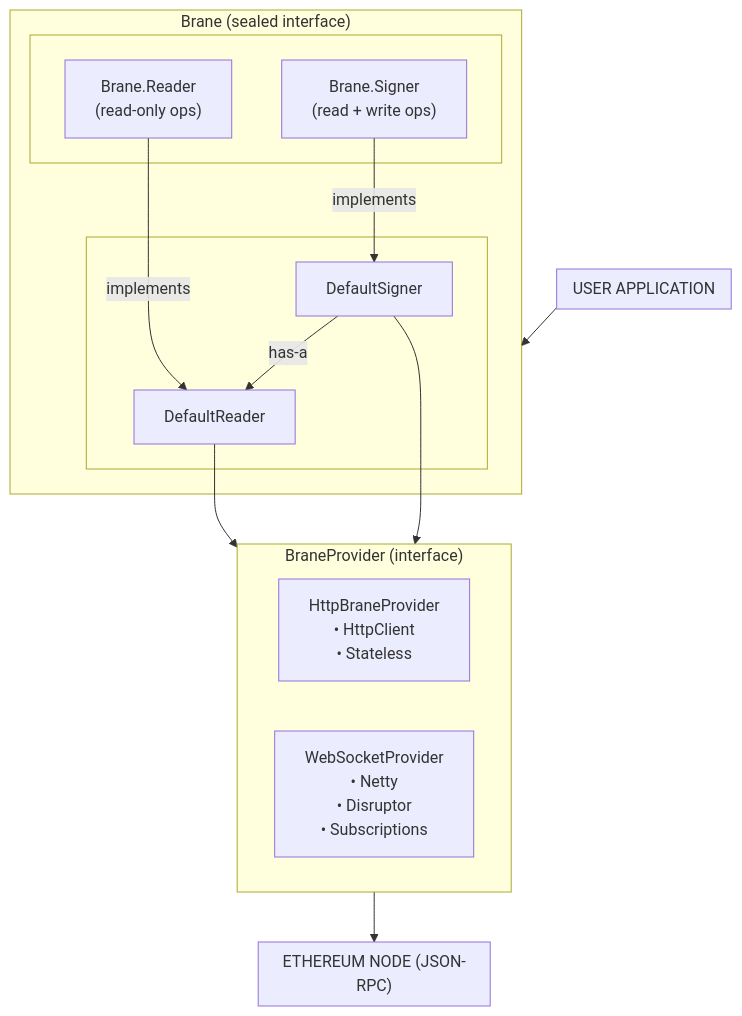
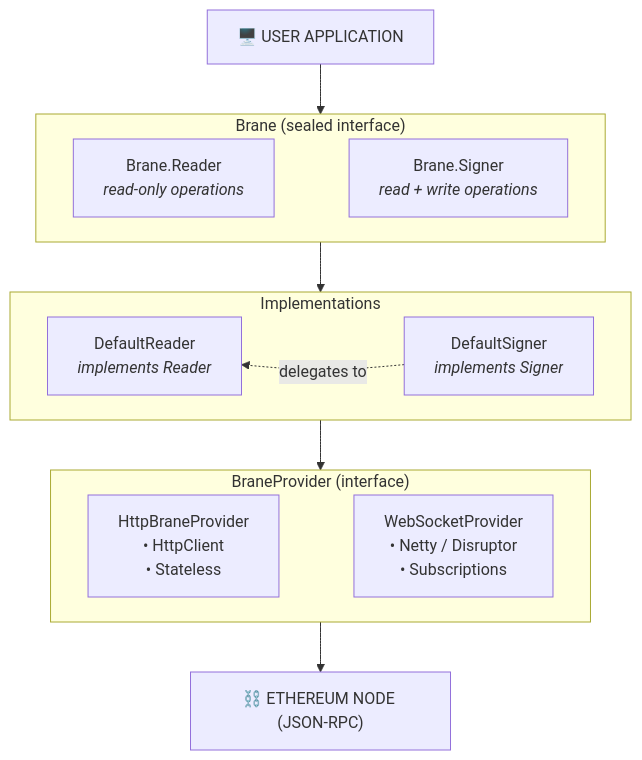
The diagram in docs/architecture.mdx (noise-xyz/brane), drawn with Mermaid before and after one commit.

Commit message:
docs: fix Mermaid diagram layout for clean top-down flow (#65)
* docs: fix Mermaid diagram layout for clean top-down flow

- Position USER APPLICATION at top as proper node
- Use direction LR for side-by-side layout within layers
- Cleaner hierarchical structure
- Dotted line for delegation relationship

* docs: improve Mermaid layout with horizontal nodes and consistent subgraph structure

- Use invisible links (~~~) to force horizontal arrangement
- Simplified connections between subgraph layers
- Added init directive for consistent spacing

* docs: balance subgraph widths by adding descriptions to implementation nodes

````diff
--- a/docs/architecture.mdx
+++ b/docs/architecture.mdx
@@ -10,32 +10,28 @@
 ```mermaid
-flowchart TB
-    subgraph APP["USER APPLICATION"]
+%%{init: {'flowchart': {'nodeSpacing': 30, 'rankSpacing': 50}}}%%
+flowchart TD
+    APP["🖥️ USER APPLICATION"]
+
+    subgraph BRANE["Brane (sealed interface)"]
+        direction LR
+        READER["Brane.Reader<br/><i>read-only operations</i>"] ~~~ SIGNER["Brane.Signer<br/><i>read + write operations</i>"]
     end
 
-    subgraph BRANE["Brane (sealed interface)"]
-        subgraph INTERFACES[" "]
-            READER["Brane.Reader<br/>(read-only ops)"]
-            SIGNER["Brane.Signer<br/>(read + write ops)"]
-        end
-        subgraph IMPLS[" "]
-            DEFAULT_READER["DefaultReader"]
-            DEFAULT_SIGNER["DefaultSigner"]
-        end
-        READER -->|implements| DEFAULT_READER
-        SIGNER -->|implements| DEFAULT_SIGNER
-        DEFAULT_SIGNER -->|has-a| DEFAULT_READER
+    subgraph IMPLS["Implementations"]
+        direction LR
+        DEFAULT_READER["DefaultReader<br/><i>implements Reader</i>"] ~~~ DEFAULT_SIGNER["DefaultSigner<br/><i>implements Signer</i>"]
     end
 
     subgraph PROVIDER["BraneProvider (interface)"]
-        HTTP["HttpBraneProvider<br/>• HttpClient<br/>• Stateless"]
-        WS["WebSocketProvider<br/>• Netty<br/>• Disruptor<br/>• Subscriptions"]
+        direction LR
+        HTTP["HttpBraneProvider<br/>• HttpClient<br/>• Stateless"] ~~~ WS["WebSocketProvider<br/>• Netty / Disruptor<br/>• Subscriptions"]
     end
 
-    subgraph NODE["ETHEREUM NODE (JSON-RPC)"]
-    end
+    NODE["⛓️ ETHEREUM NODE (JSON-RPC)"]
 
     APP --> BRANE
-    DEFAULT_READER --> PROVIDER
-    DEFAULT_SIGNER --> PROVIDER
+    BRANE --> IMPLS
+    DEFAULT_SIGNER -.->|delegates to| DEFAULT_READER
+    IMPLS --> PROVIDER
     PROVIDER --> NODE
 ```
````
